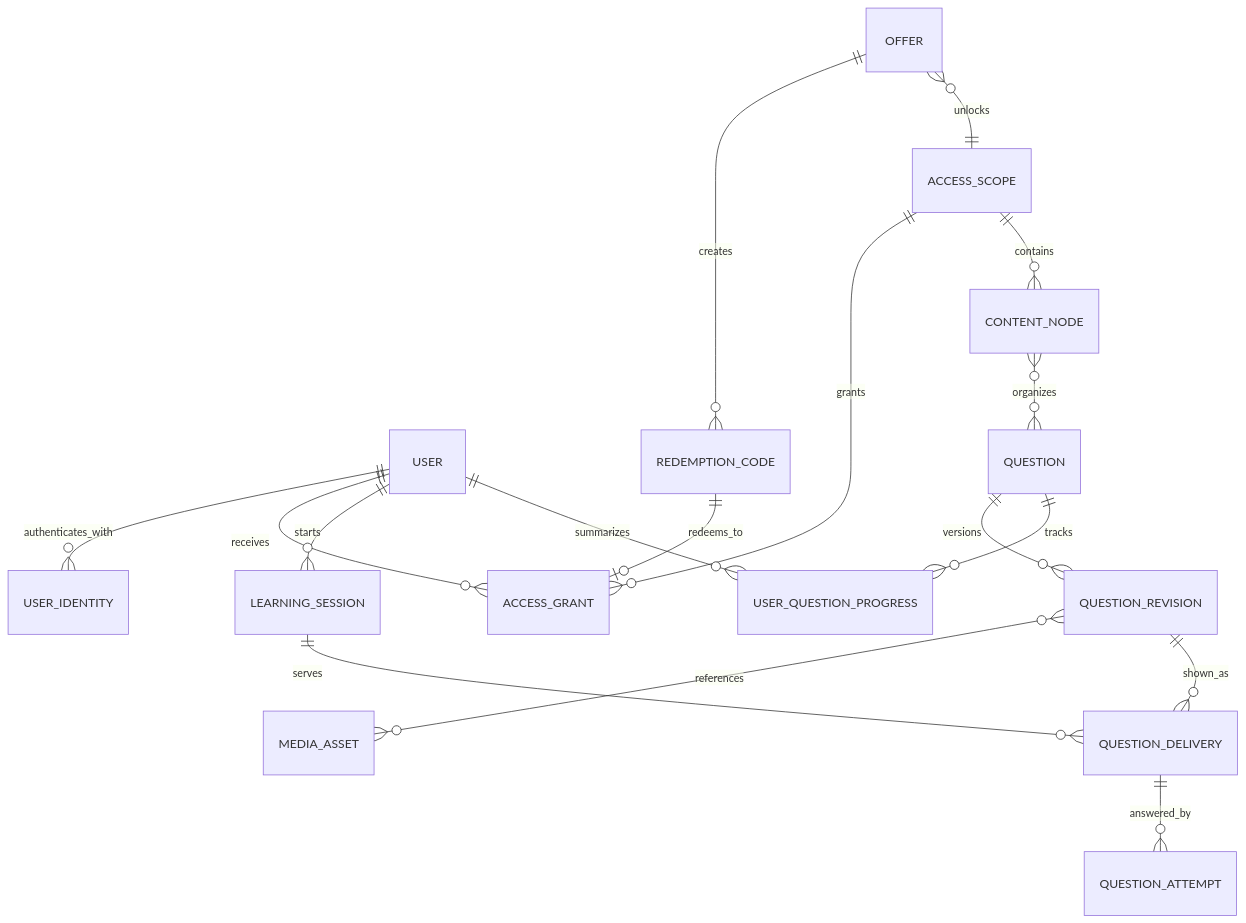
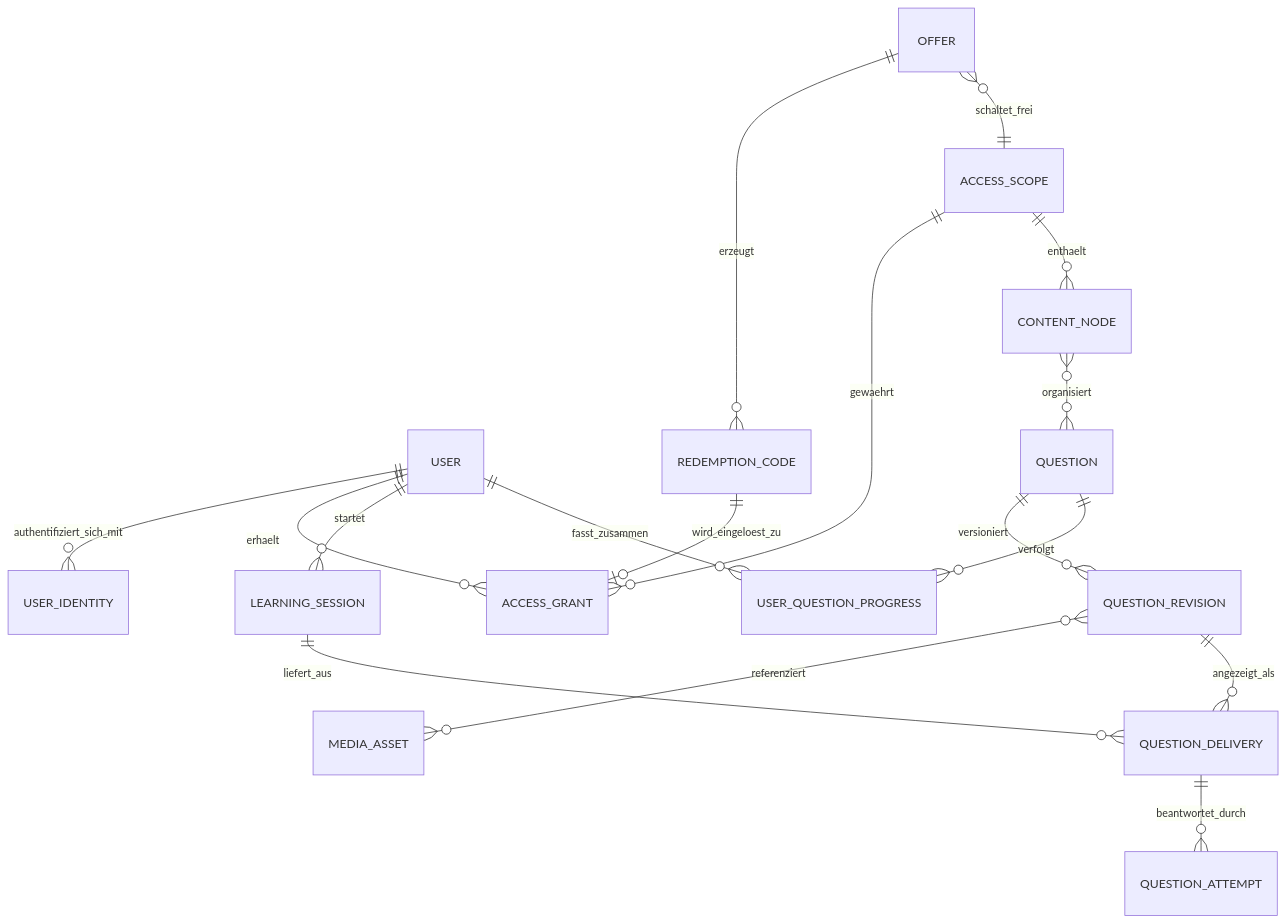
Before and after one commit to FlamurMaliqi/scariev-learning-platform: the second of 3 diagrams in docs/architecture.md, drawn with Mermaid. The commit also changed other lines of this file and 3 other files, not shown here.

````diff
--- a/docs/architecture.md
+++ b/docs/architecture.md
@@ -72,19 +72,19 @@
 ```mermaid
 erDiagram
-    USER ||--o{ USER_IDENTITY : authenticates_with
-    USER ||--o{ ACCESS_GRANT : receives
-    OFFER ||--o{ REDEMPTION_CODE : creates
-    OFFER }o--|| ACCESS_SCOPE : unlocks
-    ACCESS_SCOPE ||--o{ ACCESS_GRANT : grants
-    REDEMPTION_CODE ||--o| ACCESS_GRANT : redeems_to
-    ACCESS_SCOPE ||--o{ CONTENT_NODE : contains
-    CONTENT_NODE }o--o{ QUESTION : organizes
-    QUESTION ||--o{ QUESTION_REVISION : versions
-    QUESTION_REVISION }o--o{ MEDIA_ASSET : references
-    USER ||--o{ LEARNING_SESSION : starts
-    LEARNING_SESSION ||--o{ QUESTION_DELIVERY : serves
-    QUESTION_REVISION ||--o{ QUESTION_DELIVERY : shown_as
-    QUESTION_DELIVERY ||--o{ QUESTION_ATTEMPT : answered_by
-    USER ||--o{ USER_QUESTION_PROGRESS : summarizes
-    QUESTION ||--o{ USER_QUESTION_PROGRESS : tracks
+    USER ||--o{ USER_IDENTITY : authentifiziert_sich_mit
+    USER ||--o{ ACCESS_GRANT : erhaelt
+    OFFER ||--o{ REDEMPTION_CODE : erzeugt
+    OFFER }o--|| ACCESS_SCOPE : schaltet_frei
+    ACCESS_SCOPE ||--o{ ACCESS_GRANT : gewaehrt
+    REDEMPTION_CODE ||--o| ACCESS_GRANT : wird_eingeloest_zu
+    ACCESS_SCOPE ||--o{ CONTENT_NODE : enthaelt
+    CONTENT_NODE }o--o{ QUESTION : organisiert
+    QUESTION ||--o{ QUESTION_REVISION : versioniert
+    QUESTION_REVISION }o--o{ MEDIA_ASSET : referenziert
+    USER ||--o{ LEARNING_SESSION : startet
+    LEARNING_SESSION ||--o{ QUESTION_DELIVERY : liefert_aus
+    QUESTION_REVISION ||--o{ QUESTION_DELIVERY : angezeigt_als
+    QUESTION_DELIVERY ||--o{ QUESTION_ATTEMPT : beantwortet_durch
+    USER ||--o{ USER_QUESTION_PROGRESS : fasst_zusammen
+    QUESTION ||--o{ USER_QUESTION_PROGRESS : verfolgt
 ```
````
